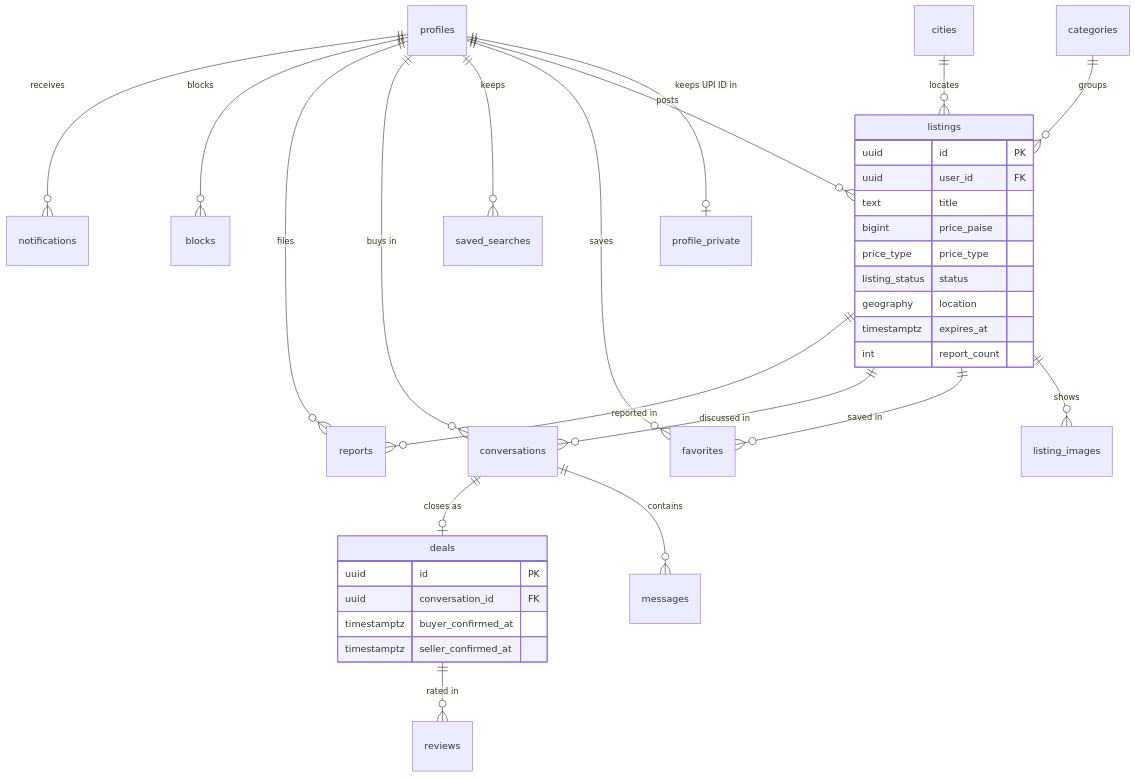
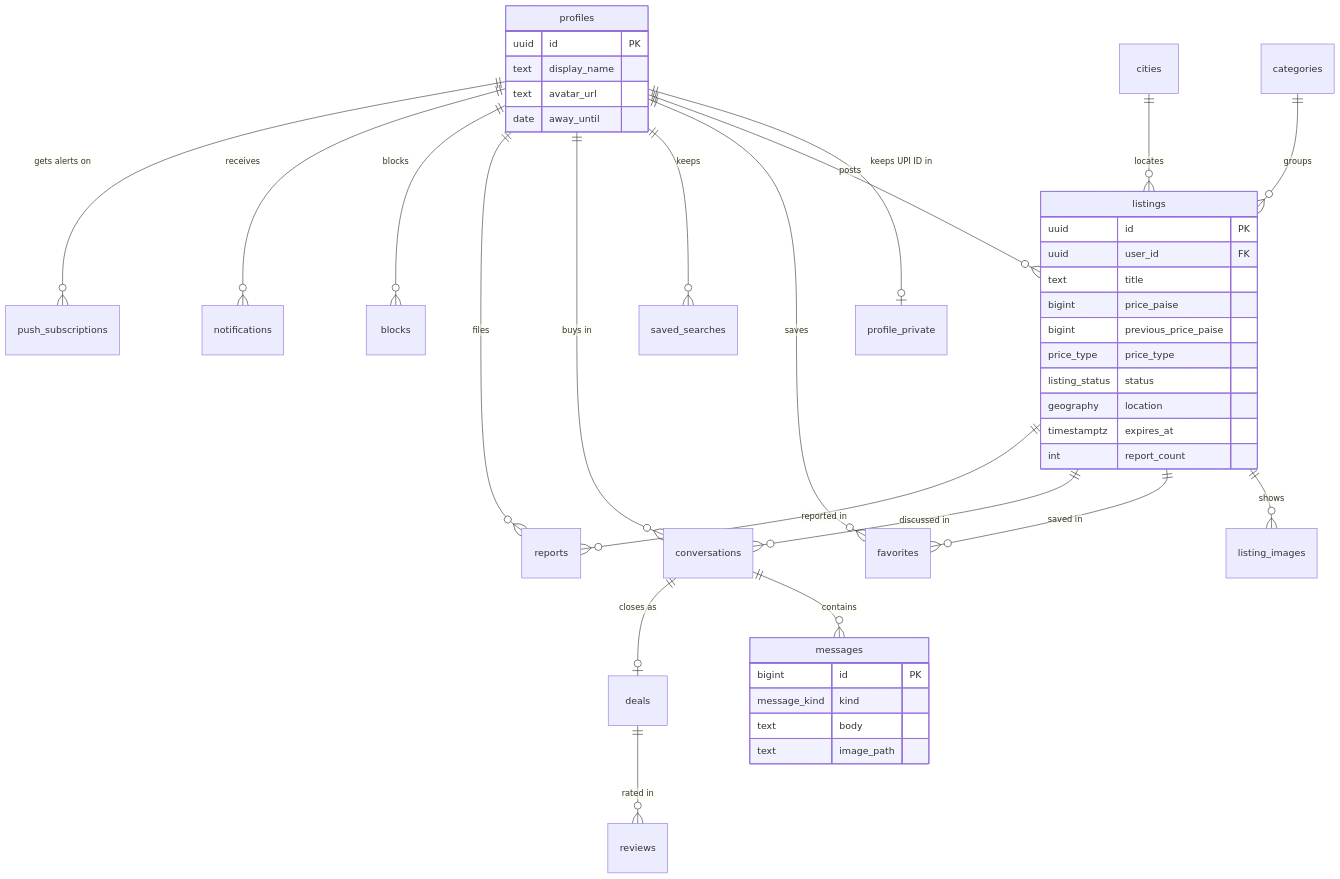
Before and after one commit to kandulanikhilvarma/chowk: the fifth of 7 diagrams in README.md, drawn with Mermaid. The commit also changed other lines of this file and 58 other files, not shown here.

````diff
--- a/README.md
+++ b/README.md
@@ -144,37 +206,45 @@
 ```mermaid
 erDiagram
   profiles ||--o| profile_private : "keeps UPI ID in"
   profiles ||--o{ listings : posts
   categories ||--o{ listings : groups
   cities ||--o{ listings : locates
   listings ||--o{ listing_images : shows
   profiles ||--o{ favorites : saves
   listings ||--o{ favorites : "saved in"
   profiles ||--o{ saved_searches : keeps
   listings ||--o{ conversations : "discussed in"
   profiles ||--o{ conversations : "buys in"
   conversations ||--o{ messages : contains
   conversations ||--o| deals : "closes as"
   deals ||--o{ reviews : "rated in"
   profiles ||--o{ reports : files
   listings ||--o{ reports : "reported in"
   profiles ||--o{ blocks : blocks
   profiles ||--o{ notifications : receives
+  profiles ||--o{ push_subscriptions : "gets alerts on"
   listings {
     uuid id PK
     uuid user_id FK
     text title
     bigint price_paise
+    bigint previous_price_paise
     price_type price_type
     listing_status status
     geography location
     timestamptz expires_at
     int report_count
   }
-  deals {
+  messages {
+    bigint id PK
+    message_kind kind
+    text body
+    text image_path
+  }
+  profiles {
     uuid id PK
-    uuid conversation_id FK
-    timestamptz buyer_confirmed_at
-    timestamptz seller_confirmed_at
+    text display_name
+    text avatar_url
+    date away_until
   }
 ```
````
